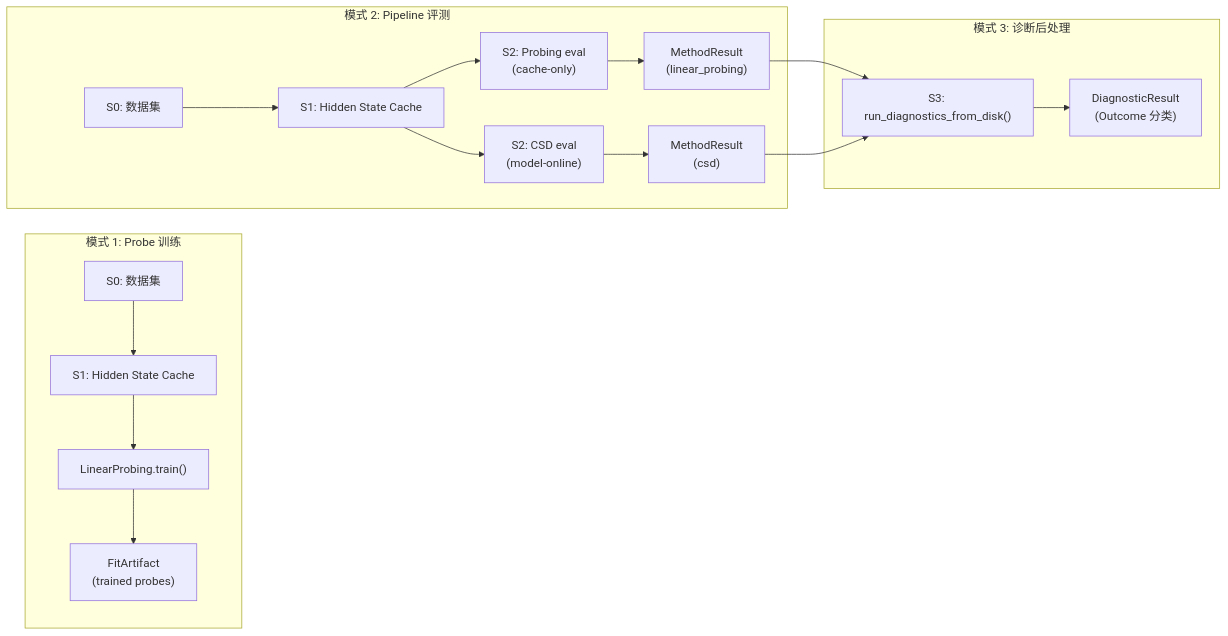
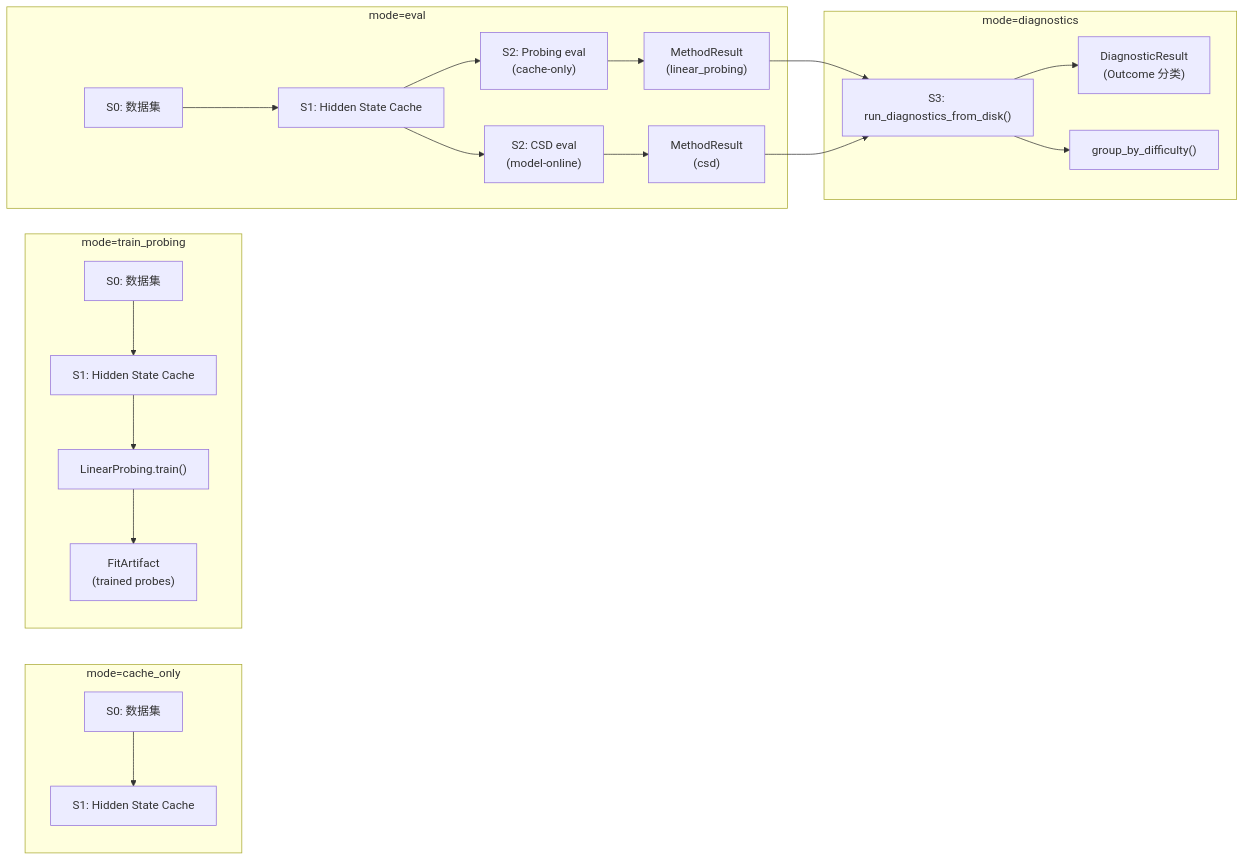
The diagram in docs/running_modes.md (euyis1019/llm-brewing), drawn with Mermaid before and after one commit. The commit also changed other lines of this file and 2 other files, not shown here.

First line of the commit message:
Update docs for explicit 4-mode pipeline and add CUE-Bench data spec

````diff
--- a/docs/running_modes.md
+++ b/docs/running_modes.md
@@ -23,22 +23,27 @@
 ```mermaid
 flowchart LR
-    subgraph "模式 1: Probe 训练"
+    subgraph "mode=cache_only"
+        C_S0["S0: 数据集"] --> C_S1["S1: Hidden State Cache"]
+    end
+
+    subgraph "mode=train_probing"
         T_S0["S0: 数据集"] --> T_S1["S1: Hidden State Cache"]
         T_S1 --> T_FIT["LinearProbing.train()"]
         T_FIT --> T_ART["FitArtifact<br/>(trained probes)"]
     end
 
-    subgraph "模式 2: Pipeline 评测"
+    subgraph "mode=eval"
         E_S0["S0: 数据集"] --> E_S1["S1: Hidden State Cache"]
         E_S1 --> E_S2a["S2: Probing eval<br/>(cache-only)"]
         E_S1 --> E_S2b["S2: CSD eval<br/>(model-online)"]
         E_S2a --> MR1["MethodResult<br/>(linear_probing)"]
         E_S2b --> MR2["MethodResult<br/>(csd)"]
     end
 
-    subgraph "模式 3: 诊断后处理"
+    subgraph "mode=diagnostics"
         MR1 --> S3["S3: run_diagnostics_from_disk()"]
         MR2 --> S3
         S3 --> DR["DiagnosticResult<br/>(Outcome 分类)"]
+        S3 --> GR["group_by_difficulty()"]
     end
 ```
````
